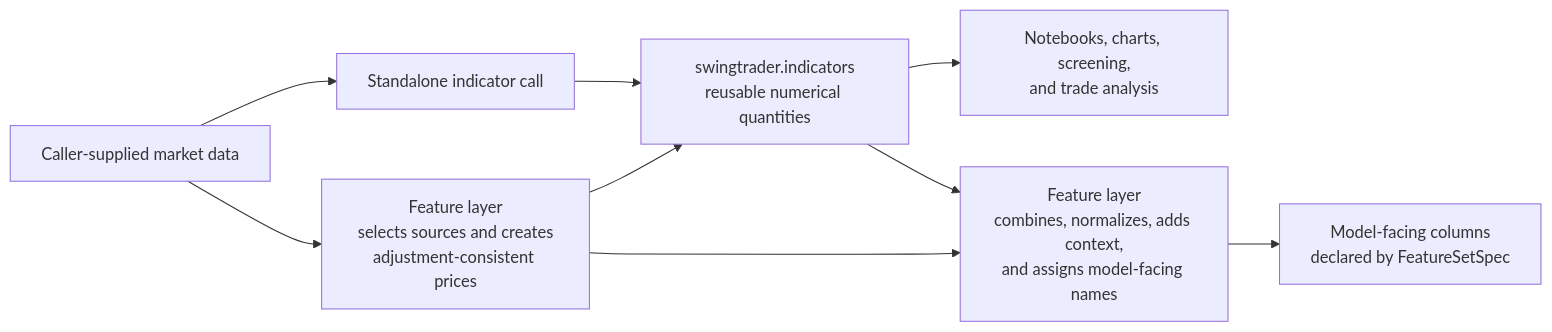
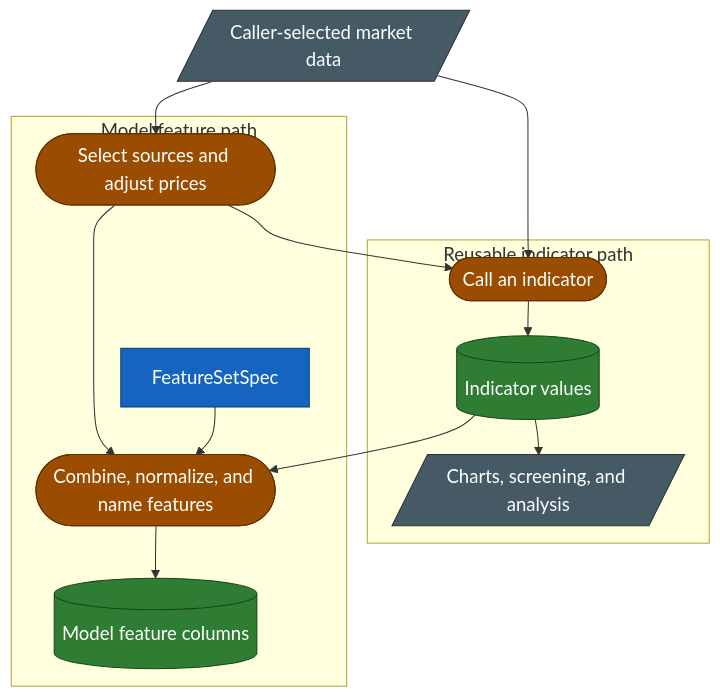
Before and after one commit to Frallmeister/swingtrader-app: the diagram in docs/data/features.md, drawn with Mermaid. The commit also changed other lines of this file and 7 other files, not shown here.

````diff
--- a/docs/data/features.md
+++ b/docs/data/features.md
@@ -27,19 +30,35 @@
 ```mermaid
-flowchart LR
-    market["Caller-supplied market data"]
-    standalone["Standalone indicator call"]
-    indicators["swingtrader.indicators<br/>reusable numerical quantities"]
-    consumers["Notebooks, charts, screening,<br/>and trade analysis"]
-    source_policy["Feature layer<br/>selects sources and creates<br/>adjustment-consistent prices"]
-    feature_transform["Feature layer<br/>combines, normalizes, adds context,<br/>and assigns model-facing names"]
-    feature_set["Model-facing columns<br/>declared by FeatureSetSpec"]
+%%{init: {"themeVariables": {"fontSize": "18px"}, "flowchart": {"nodeSpacing": 28, "rankSpacing": 34}}}%%
+flowchart TB
+    market[/Caller-selected market data/]
 
-    market --> standalone
-    standalone --> indicators
-    indicators --> consumers
+    subgraph reusable["Reusable indicator path"]
+        indicator_call([Call an indicator])
+        indicators[(Indicator values)]
+        consumers[/Charts, screening, and analysis/]
+        indicator_call --> indicators --> consumers
+    end
+
+    subgraph modeling["Model feature path"]
+        source_policy([Select sources and adjust prices])
+        feature_transform([Combine, normalize, and name features])
+        feature_set["FeatureSetSpec"]
+        feature_columns[(Model feature columns)]
+        source_policy --> feature_transform --> feature_columns
+        feature_set --> feature_transform
+    end
+
+    market --> indicator_call
     market --> source_policy
-    source_policy --> indicators
+    source_policy --> indicator_call
     indicators --> feature_transform
-    source_policy --> feature_transform
-    feature_transform --> feature_set
+
+    classDef input fill:#455a64,stroke:#263238,color:#ffffff
+    classDef action fill:#9a4d00,stroke:#5d2e00,color:#ffffff
+    classDef artifact fill:#2e7d32,stroke:#17451c,color:#ffffff
+    classDef contract fill:#1565c0,stroke:#0d3d75,color:#ffffff
+    class market,consumers input
+    class indicator_call,source_policy,feature_transform action
+    class indicators,feature_columns artifact
+    class feature_set contract
 ```
````
